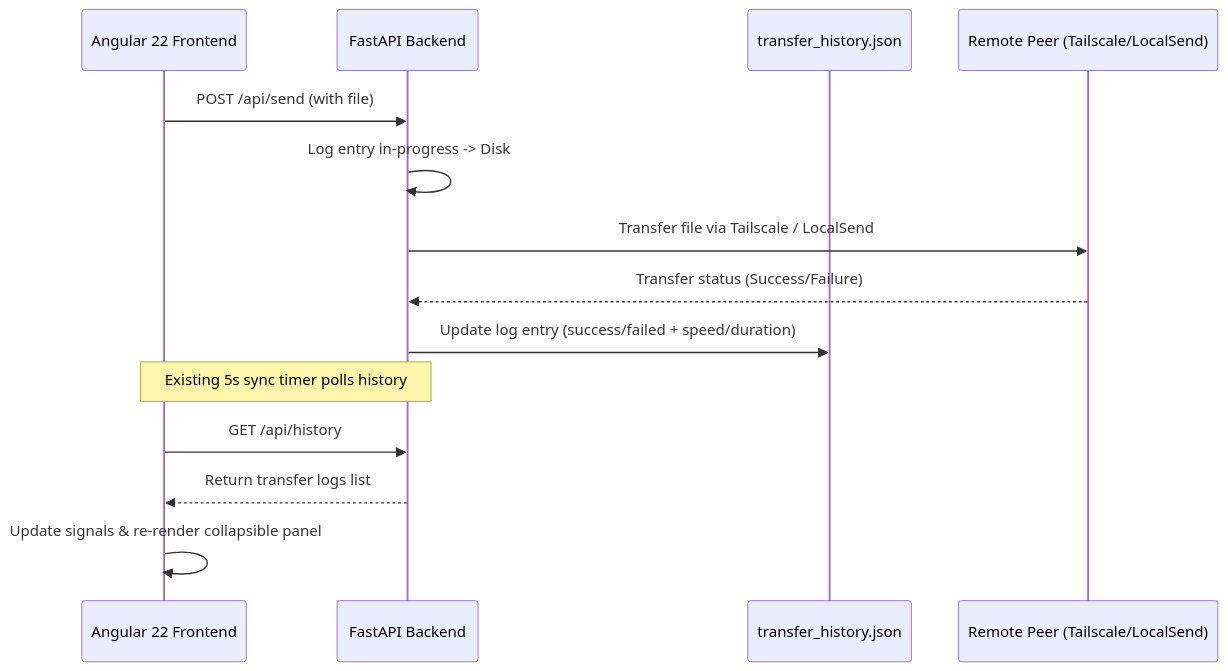
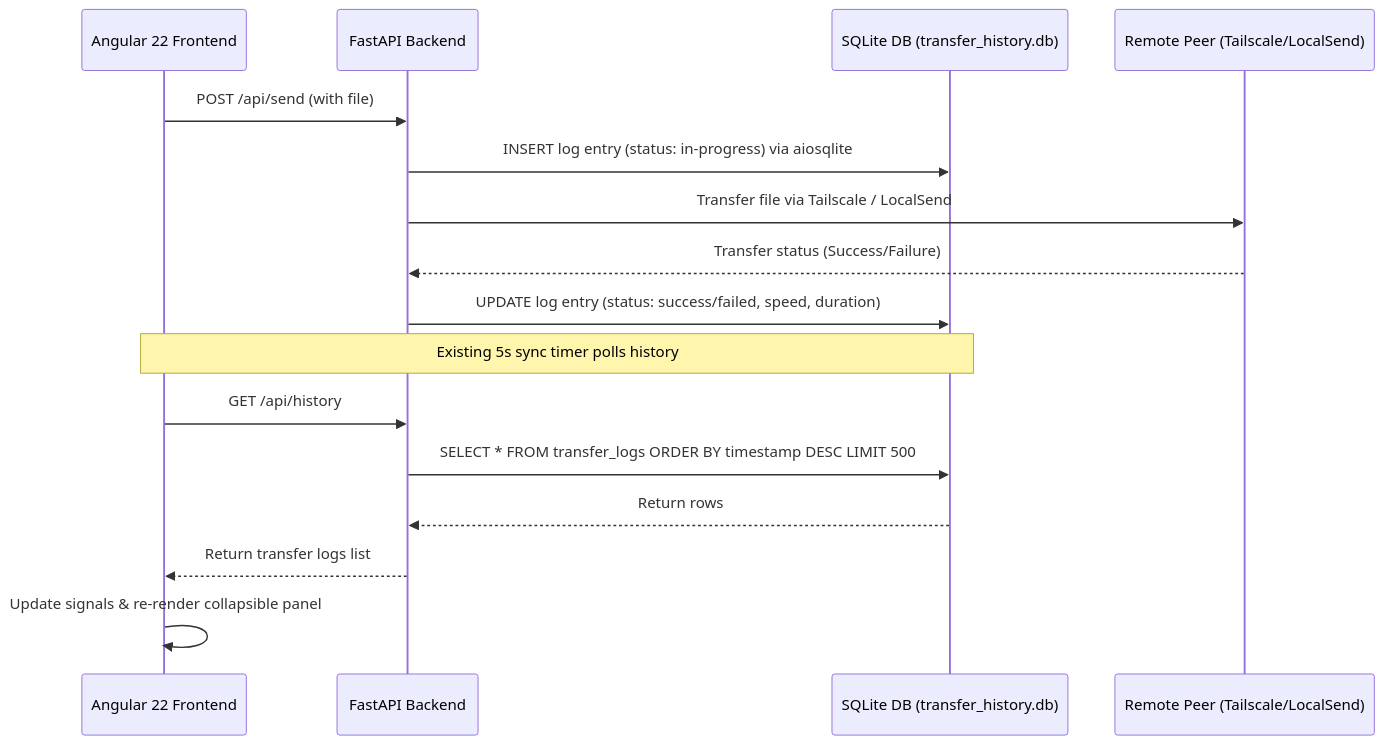
Before and after one commit to omennemo/taildrop-transfer-app: the diagram in docs/superpowers/specs/2026-07-01-transfer-history-design.md, drawn with Mermaid. The commit also changed other lines of this file, not shown here.

Commit message:
docs: revise transfer history spec to use SQLite & aiosqlite

````diff
--- a/docs/superpowers/specs/2026-07-01-transfer-history-design.md
+++ b/docs/superpowers/specs/2026-07-01-transfer-history-design.md
@@ -18,18 +19,20 @@
 ```mermaid
 sequenceDiagram
     participant FE as Angular 22 Frontend
     participant BE as FastAPI Backend
-    participant Disk as transfer_history.json
+    participant DB as SQLite DB (transfer_history.db)
     participant Peer as Remote Peer (Tailscale/LocalSend)
 
     FE->>BE: POST /api/send (with file)
-    BE->>BE: Log entry in-progress -> Disk
+    BE->>DB: INSERT log entry (status: in-progress) via aiosqlite
     BE->>Peer: Transfer file via Tailscale / LocalSend
     Peer-->>BE: Transfer status (Success/Failure)
-    BE->>Disk: Update log entry (success/failed + speed/duration)
+    BE->>DB: UPDATE log entry (status: success/failed, speed, duration)
     
-    Note over FE,BE: Existing 5s sync timer polls history
+    Note over FE,DB: Existing 5s sync timer polls history
     FE->>BE: GET /api/history
+    BE->>DB: SELECT * FROM transfer_logs ORDER BY timestamp DESC LIMIT 500
+    DB-->>BE: Return rows
     BE-->>FE: Return transfer logs list
     FE->>FE: Update signals & re-render collapsible panel
 ```
````
